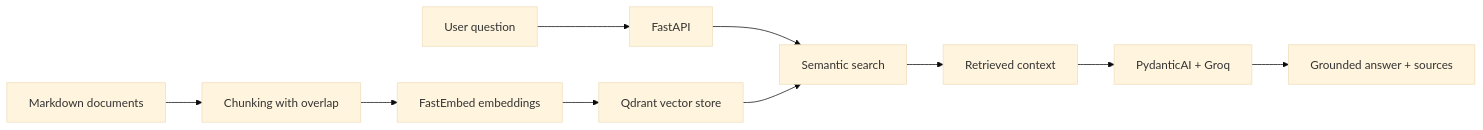
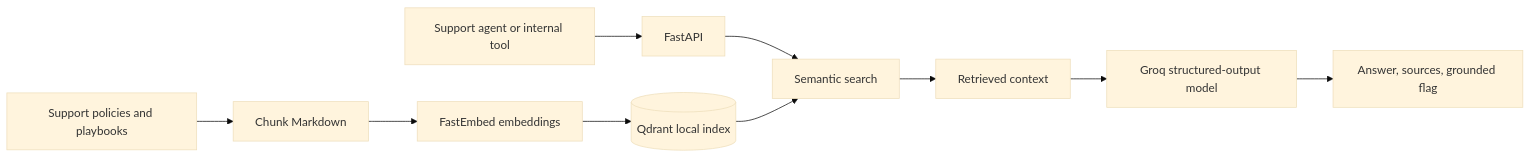
The diagram in README.md (Mykhailo-Surovtsev/Internal_Knowledge_Copilot), drawn with Mermaid (base theme) before and after one commit. The commit also changed other lines of this file and 6 other files, not shown here.

````diff
--- a/README.md
+++ b/README.md
@@ -23,13 +19,13 @@
-```mermaid
+~~~mermaid
 flowchart LR
-    A[Markdown documents] --> B[Chunking with overlap]
-    B --> C[FastEmbed embeddings]
-    C --> D[Qdrant vector store]
+    Docs[Support policies and playbooks] --> Chunk[Chunk Markdown]
+    Chunk --> Embed[FastEmbed embeddings]
+    Embed --> Store[(Qdrant local index)]
 
-    U[User question] --> E[FastAPI]
-    E --> F[Semantic search]
-    D --> F
-    F --> G[Retrieved context]
-    G --> H[PydanticAI + Groq]
-    H --> I[Grounded answer + sources]
-```
+    Agent[Support agent or internal tool] --> API[FastAPI]
+    API --> Search[Semantic search]
+    Store --> Search
+    Search --> Context[Retrieved context]
+    Context --> LLM[Groq structured-output model]
+    LLM --> Answer[Answer, sources, grounded flag]
+~~~
````
